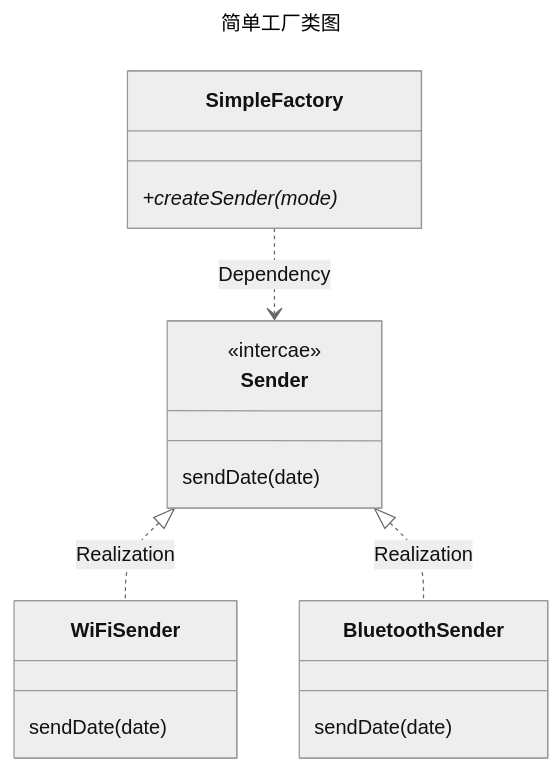
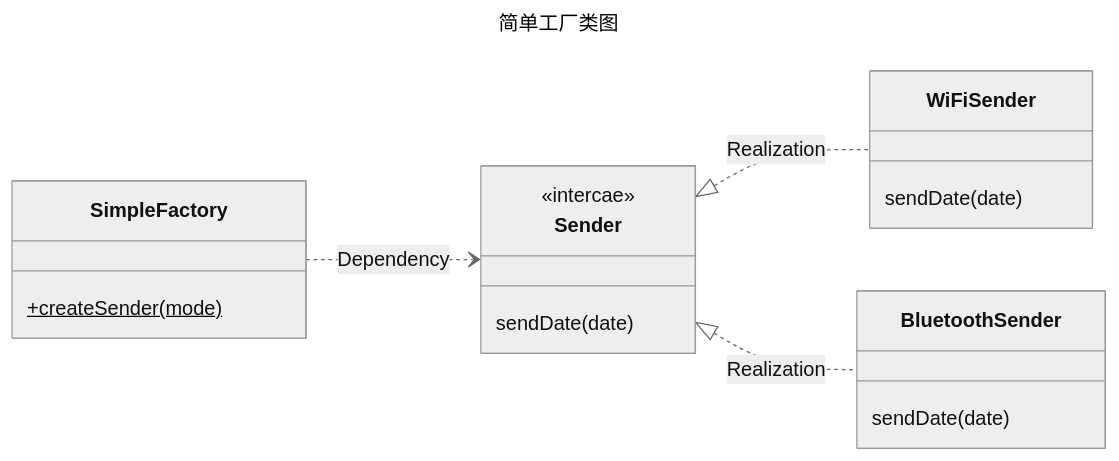
The first of 4 diagrams in README.md (AbleASD/design-pattern), drawn with Mermaid (neutral theme) before and after one commit. The commit also changed other lines of this file and 155 other files, not shown here.

````diff
--- a/README.md
+++ b/README.md
@@ -17,28 +17,28 @@
 ``` mermaid
 ---
 title: 简单工厂类图
 ---
 classDiagram
-
+direction LR
 Sender <|.. WiFiSender: Realization
 Sender <|.. BluetoothSender: Realization
 SimpleFactory ..> Sender : Dependency
 
 
 class Sender {
     <<intercae>>
     sendDate(date)
 }
 
 class WiFiSender{
     sendDate(date)
 }
 
 class BluetoothSender {
     sendDate(date)
 }
 
 class SimpleFactory {
-    +createSender(mode)*
+    +createSender(mode)$
 }
 ```
````
